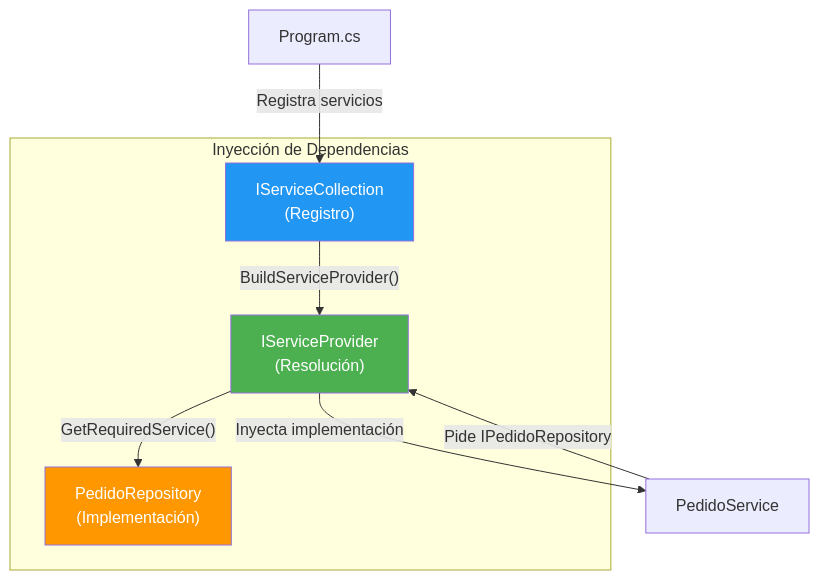
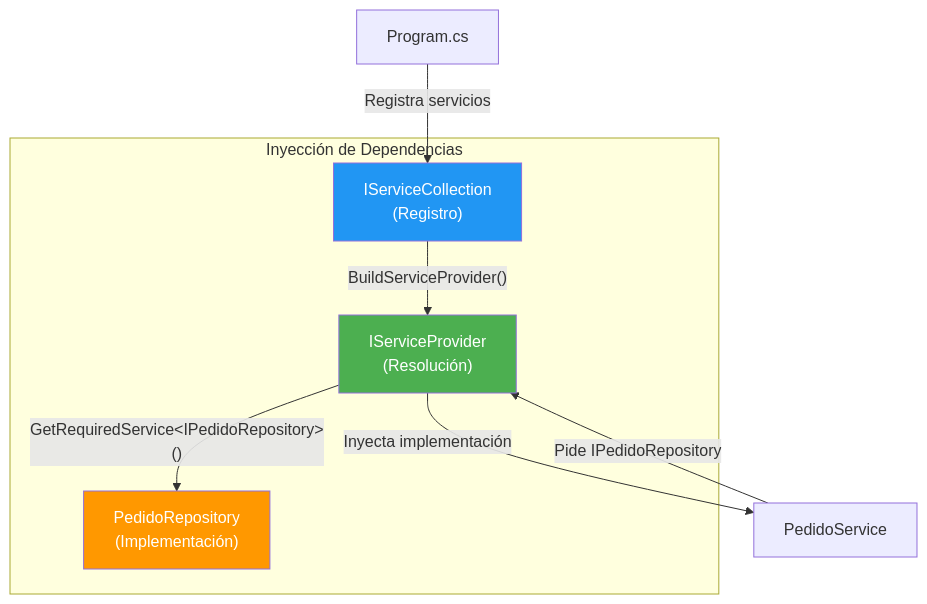
One commit to joseluisgs/DesarrolloWebEntornosServidor-01-2026-2027 changed the first of 6 diagrams in 11-inyeccion-dependencias.md. Above: the diagram before and after it, drawn with Mermaid. The commit also changed other lines of this file and 77 other files, not shown here.

````diff
--- a/11-inyeccion-dependencias.md
+++ b/11-inyeccion-dependencias.md
@@ -80,15 +80,15 @@
 ```mermaid
 graph TD
     subgraph DI["Inyección de Dependencias"]
         A["IServiceCollection<br/>(Registro)"] -->|"BuildServiceProvider()"| B["IServiceProvider<br/>(Resolución)"]
-        B -->|"GetRequiredService<IPedidoRepository>()"| C["PedidoRepository<br/>(Implementación)"]
+        B -->|"GetRequiredService&lt;IPedidoRepository&gt;()"| C["PedidoRepository<br/>(Implementación)"]
     end
 
     D["Program.cs"] -->|"Registra servicios"| A
     E["PedidoService"] -->|"Pide IPedidoRepository"| B
     B -->|"Inyecta implementación"| E
 
     style A fill:#2196F3,color:#fff
     style B fill:#4CAF50,color:#fff
     style C fill:#FF9800,color:#fff
 ```
````
